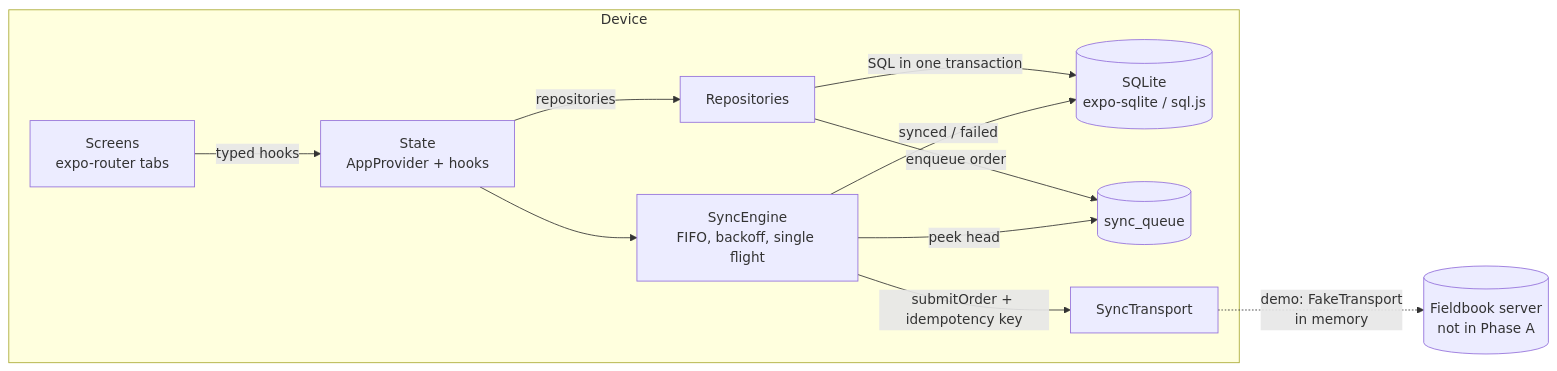
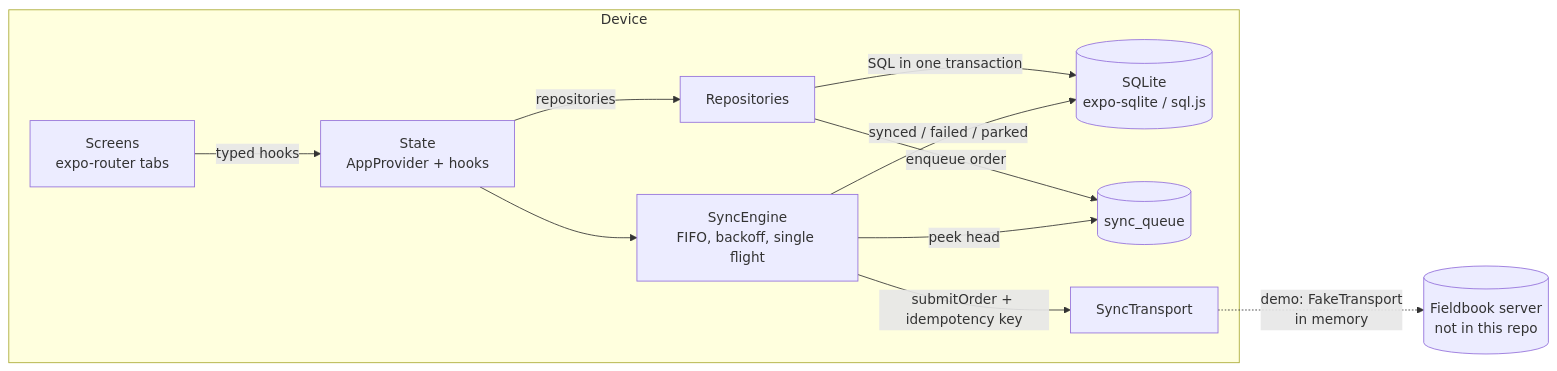
One commit to hardik88t/fieldbook changed the first of 2 diagrams in README.md. Above: the diagram before and after it, drawn with Mermaid. The commit also changed other lines of this file and 2 other files, not shown here.

````diff
--- a/README.md
+++ b/README.md
@@ -30,14 +54,14 @@
 ```mermaid
 flowchart LR
   subgraph Device
     UI[Screens<br/>expo-router tabs] -->|typed hooks| STATE[State<br/>AppProvider + hooks]
     STATE -->|repositories| REPO[Repositories]
     REPO -->|SQL in one transaction| DB[(SQLite<br/>expo-sqlite / sql.js)]
     REPO -->|enqueue order| Q[(sync_queue)]
     STATE --> ENGINE[SyncEngine<br/>FIFO, backoff, single flight]
     ENGINE -->|peek head| Q
     ENGINE -->|submitOrder + idempotency key| TRANSPORT[SyncTransport]
   end
-  TRANSPORT -.->|demo: FakeTransport<br/>in memory| SERVER[(Fieldbook server<br/>not in Phase A)]
-  ENGINE -->|synced / failed| DB
+  TRANSPORT -.->|demo: FakeTransport<br/>in memory| SERVER[(Fieldbook server<br/>not in this repo)]
+  ENGINE -->|synced / failed / parked| DB
 ```
````
